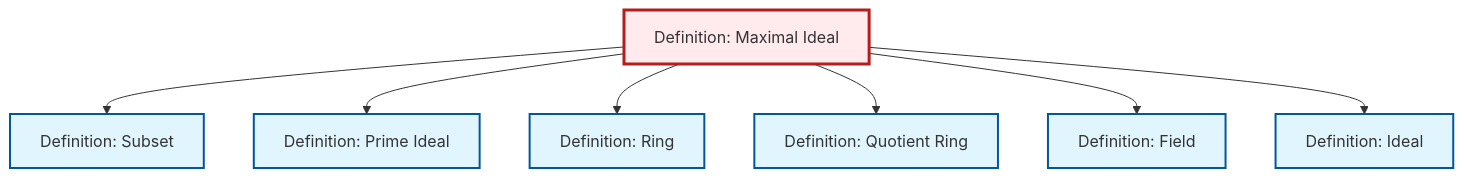
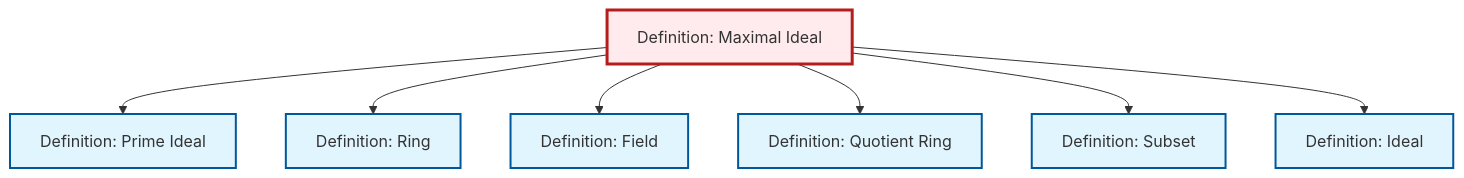
Before and after one commit to RK0429/ModernMath: the diagram in content/en/algebra/def-maximal-ideal.qmd, drawn with Mermaid. The commit also changed other lines of this file and 672 other files, not shown here.

````diff
--- a/content/en/algebra/def-maximal-ideal.qmd
+++ b/content/en/algebra/def-maximal-ideal.qmd
@@ -94,29 +94,29 @@
 ```{mermaid}
 %%| fig-cap: "Local dependency graph"
 graph TD
     classDef definition fill:#e1f5fe,stroke:#01579b,stroke-width:2px
     classDef theorem fill:#f3e5f5,stroke:#4a148c,stroke-width:2px
     classDef axiom fill:#fff3e0,stroke:#e65100,stroke-width:2px
     classDef example fill:#e8f5e9,stroke:#1b5e20,stroke-width:2px
     classDef current fill:#ffebee,stroke:#b71c1c,stroke-width:3px
-    def-field["Definition: Field"]:::definition
-    def-ring["Definition: Ring"]:::definition
     def-maximal-ideal["Definition: Maximal Ideal"]:::definition
     def-subset["Definition: Subset"]:::definition
     def-prime-ideal["Definition: Prime Ideal"]:::definition
     def-quotient-ring["Definition: Quotient Ring"]:::definition
     def-ideal["Definition: Ideal"]:::definition
-    def-maximal-ideal --> def-subset
+    def-ring["Definition: Ring"]:::definition
+    def-field["Definition: Field"]:::definition
     def-maximal-ideal --> def-prime-ideal
     def-maximal-ideal --> def-ring
+    def-maximal-ideal --> def-field
     def-maximal-ideal --> def-quotient-ring
-    def-maximal-ideal --> def-field
+    def-maximal-ideal --> def-subset
     def-maximal-ideal --> def-ideal
     class def-maximal-ideal current
-    click def-field "def-field.html" "Go to Field definition"
-    click def-ring "def-ring.html" "Go to Ring definition"
     click def-subset "def-subset.html" "Go to Subset definition"
     click def-prime-ideal "def-prime-ideal.html" "Go to Prime Ideal definition"
     click def-quotient-ring "def-quotient-ring.html" "Go to Quotient Ring definition"
     click def-ideal "def-ideal.html" "Go to Ideal definition"
+    click def-ring "def-ring.html" "Go to Ring definition"
+    click def-field "def-field.html" "Go to Field definition"
 ```
````
